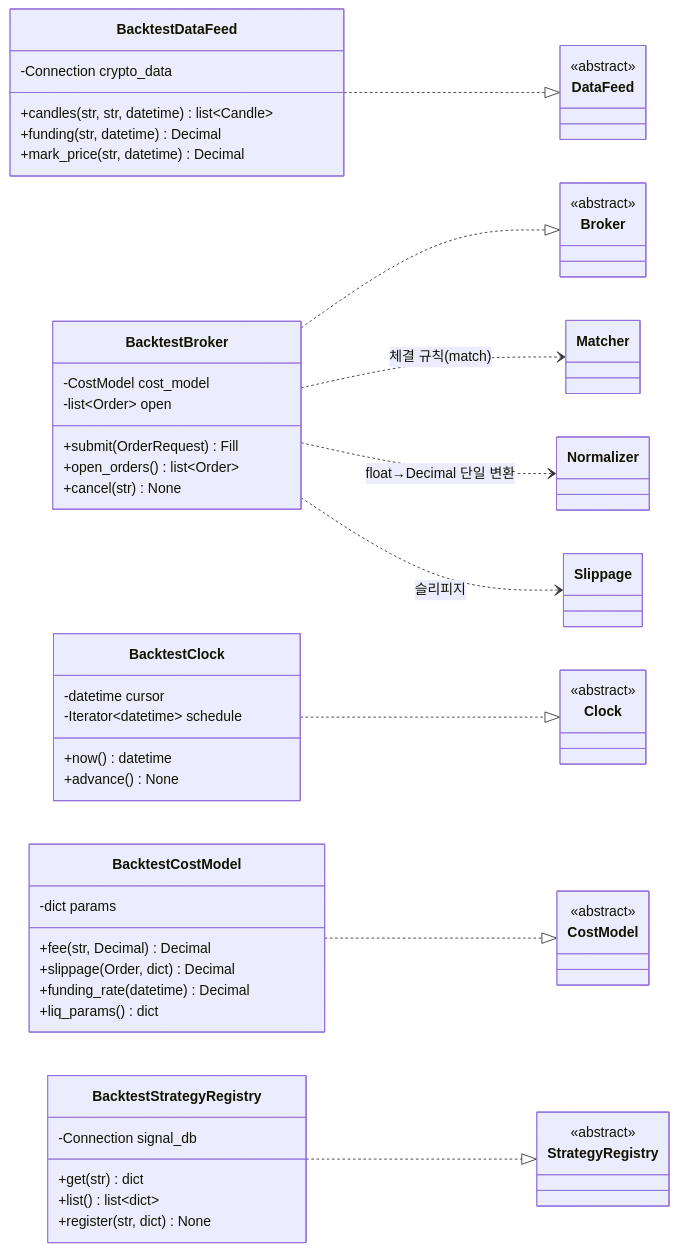
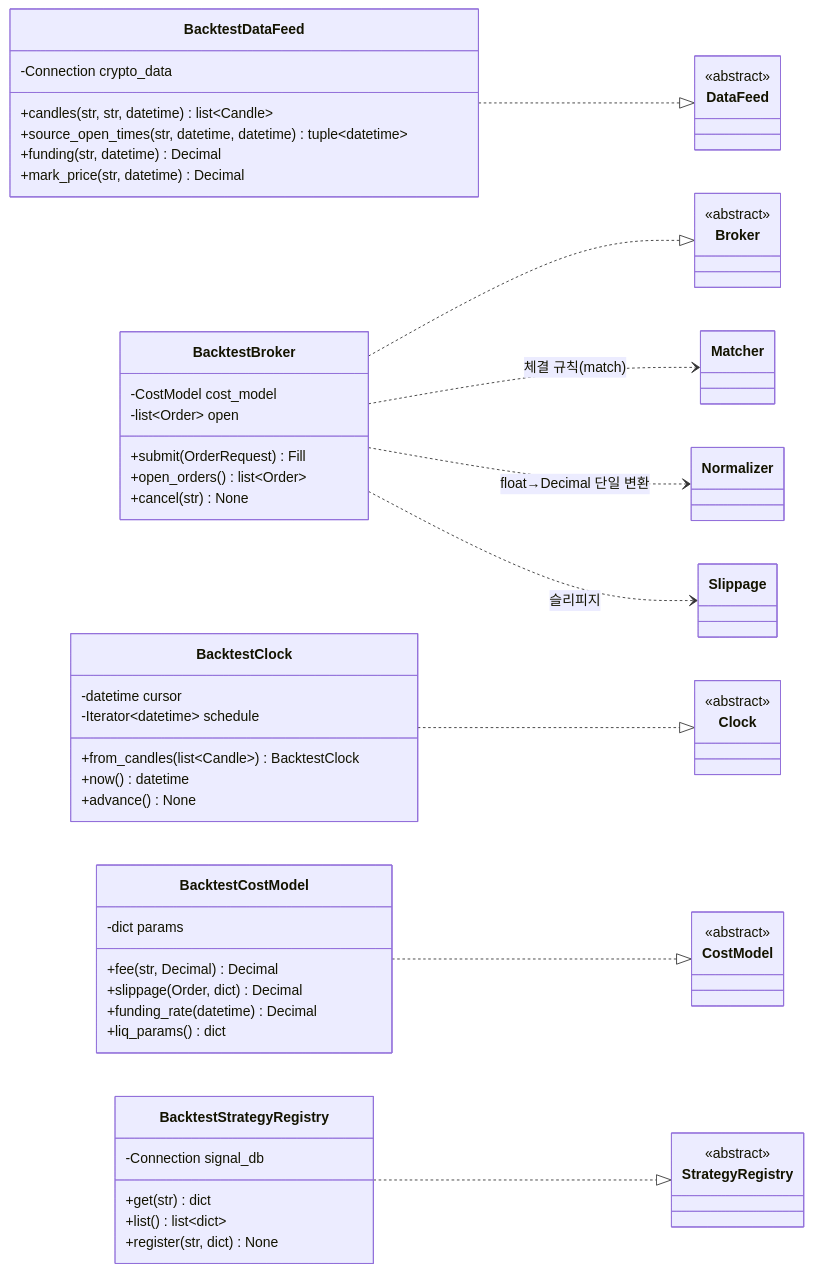
Diagram 21 of 28 in docs/fullspec/backtest_v2_detailed_design.md (vessel35/trading-system-v2), drawn with Mermaid before and after one commit. The commit also changed other lines of this file and 1 other file, not shown here.

Commit message:
docs(design): synchronize backtest evidence contracts

````diff
--- a/docs/fullspec/backtest_v2_detailed_design.md
+++ b/docs/fullspec/backtest_v2_detailed_design.md
@@ -3024,49 +3066,51 @@
 ```mermaid
 classDiagram
     direction LR
     class DataFeed { <<abstract>> }
     class Broker { <<abstract>> }
     class Clock { <<abstract>> }
     class CostModel { <<abstract>> }
     class StrategyRegistry { <<abstract>> }
     class BacktestDataFeed {
         -Connection crypto_data
         +candles(str, str, datetime) list~Candle~
+        +source_open_times(str, datetime, datetime) tuple~datetime~
         +funding(str, datetime) Decimal
         +mark_price(str, datetime) Decimal
     }
     class BacktestBroker {
         -CostModel cost_model
         -list~Order~ open
         +submit(OrderRequest) Fill
         +open_orders() list~Order~
         +cancel(str) None
     }
     class BacktestClock {
         -datetime cursor
         -Iterator~datetime~ schedule
+        +from_candles(list~Candle~) BacktestClock
         +now() datetime
         +advance() None
     }
     class BacktestCostModel {
         -dict params
         +fee(str, Decimal) Decimal
         +slippage(Order, dict) Decimal
         +funding_rate(datetime) Decimal
         +liq_params() dict
     }
     class BacktestStrategyRegistry {
         -Connection signal_db
         +get(str) dict
         +list() list~dict~
         +register(str, dict) None
     }
     BacktestDataFeed ..|> DataFeed
     BacktestBroker ..|> Broker
     BacktestClock ..|> Clock
     BacktestCostModel ..|> CostModel
     BacktestStrategyRegistry ..|> StrategyRegistry
     BacktestBroker ..> Matcher : 체결 규칙(match)
     BacktestBroker ..> Normalizer : float→Decimal 단일 변환
     BacktestBroker ..> Slippage : 슬리피지
 ```
````
